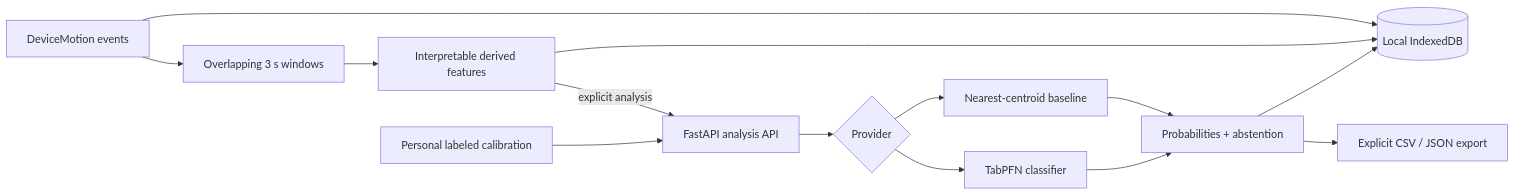
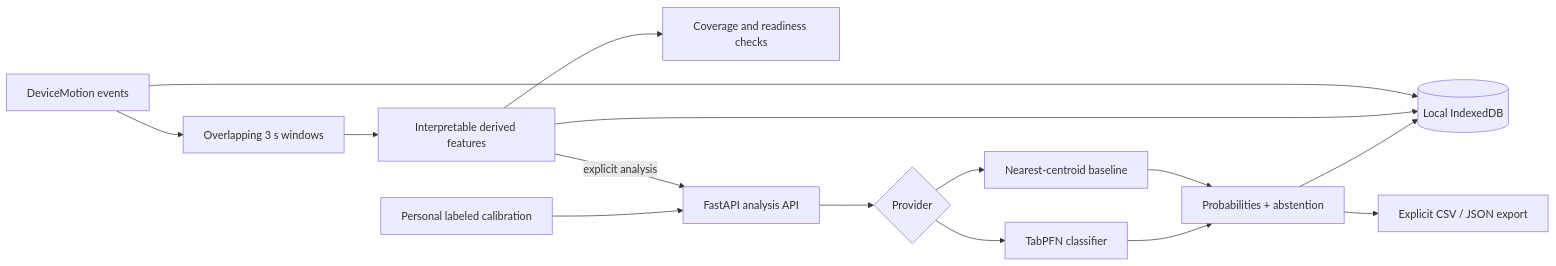
The diagram in docs/architecture.md (abhijeetnardele24-hash/groundsignal), drawn with Mermaid before and after one commit. The commit also changed other lines of this file and 6 other files, not shown here.

````diff
--- a/docs/architecture.md
+++ b/docs/architecture.md
@@ -7,16 +7,17 @@
 ```mermaid
 flowchart LR
   Motion[DeviceMotion events] --> Window[Overlapping 3 s windows]
   Window --> Features[Interpretable derived features]
+  Features --> Quality[Coverage and readiness checks]
   Motion --> IDB[(Local IndexedDB)]
   Features --> IDB
   Features -->|explicit analysis| API[FastAPI analysis API]
   Calibration[Personal labeled calibration] --> API
   API --> Model{Provider}
   Model --> Baseline[Nearest-centroid baseline]
   Model --> TabPFN[TabPFN classifier]
   Baseline --> Report[Probabilities + abstention]
   TabPFN --> Report
   Report --> IDB
   Report --> Export[Explicit CSV / JSON export]
 ```
````
